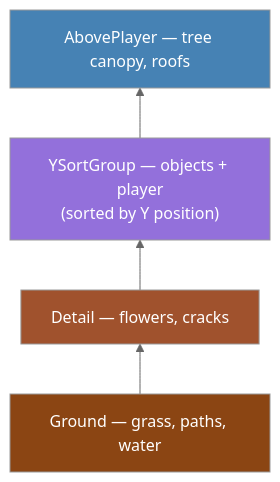
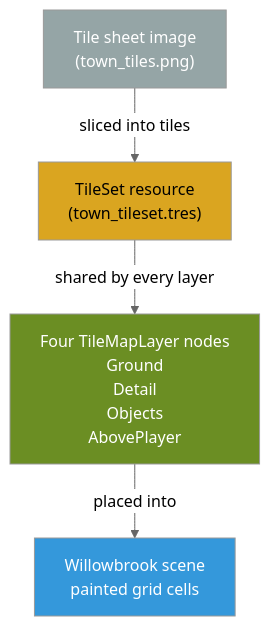
Before and after one commit to Jorge-D-Robles/gemini-fantasy: the first of 2 diagrams in tutorial/05_tilemaps_and_terrain.md, drawn with Mermaid (neutral theme). The commit also changed other lines of this file and 24 other files, not shown here.

Commit message:
Refine tutorial Mermaid diagrams

````diff
--- a/tutorial/05_tilemaps_and_terrain.md
+++ b/tutorial/05_tilemaps_and_terrain.md
@@ -38,11 +38,16 @@
 ```mermaid
-graph BT
-    G["Ground — grass, paths, water"] --> D["Detail — flowers, cracks"]
-    D --> YS["YSortGroup — objects + player\n(sorted by Y position)"]
-    YS --> AP["AbovePlayer — tree canopy, roofs"]
+graph TD
+    Sheet["Tile sheet image\n(town_tiles.png)"]
+    TileSet["TileSet resource\n(town_tileset.tres)"]
+    Layers["Four TileMapLayer nodes\nGround\nDetail\nObjects\nAbovePlayer"]
+    Map["Willowbrook scene\npainted grid cells"]
 
-    style G fill:#8B4513,color:#fff
-    style D fill:#A0522D,color:#fff
-    style YS fill:#9370DB,color:#fff
-    style AP fill:#4682B4,color:#fff
+    Sheet --> |"sliced into tiles"| TileSet
+    TileSet --> |"shared by every layer"| Layers
+    Layers --> |"placed into"| Map
+
+    style Sheet fill:#95a5a6,color:#fff
+    style TileSet fill:#DAA520,color:#000
+    style Layers fill:#6B8E23,color:#fff
+    style Map fill:#3498db,color:#fff
 ```
````
